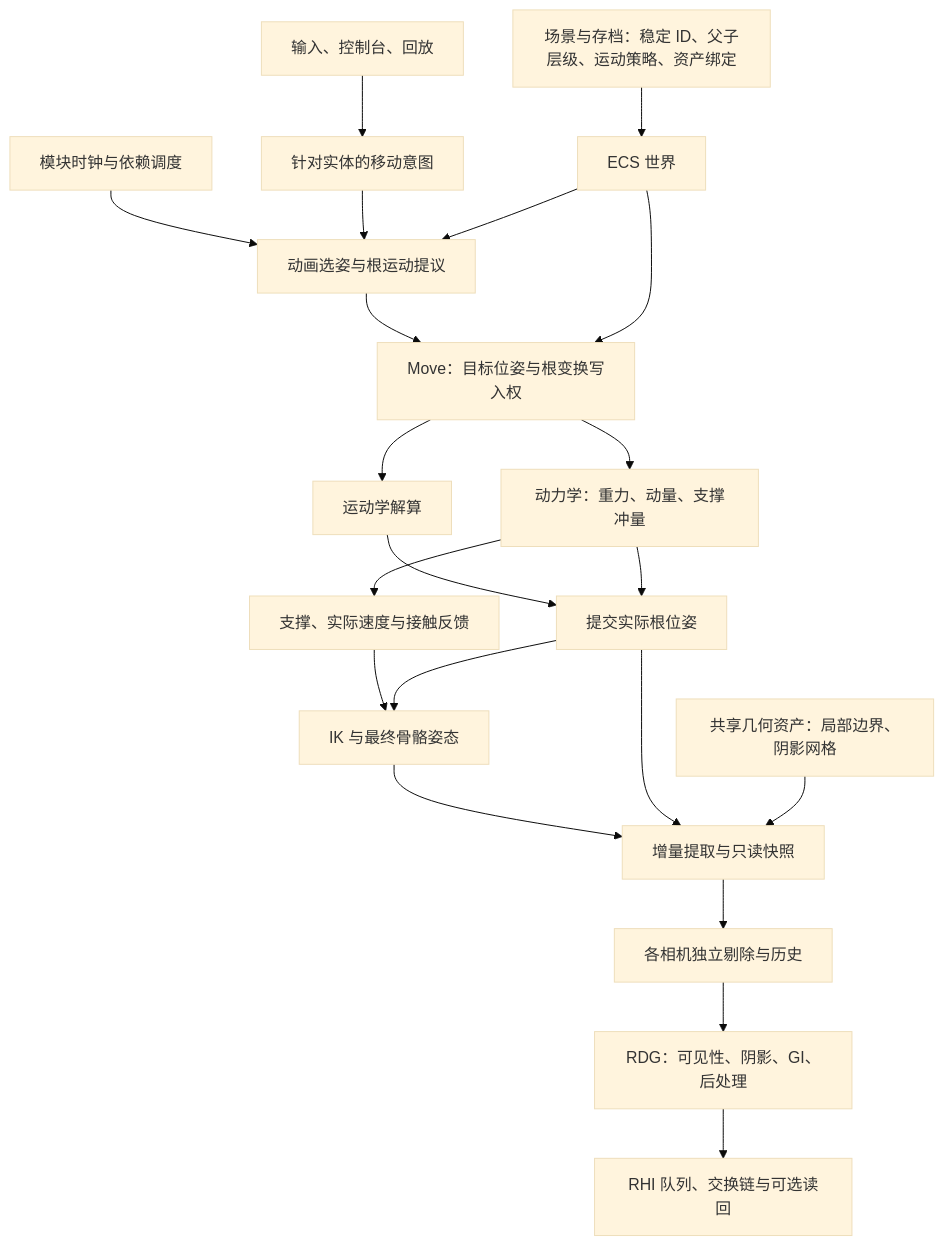
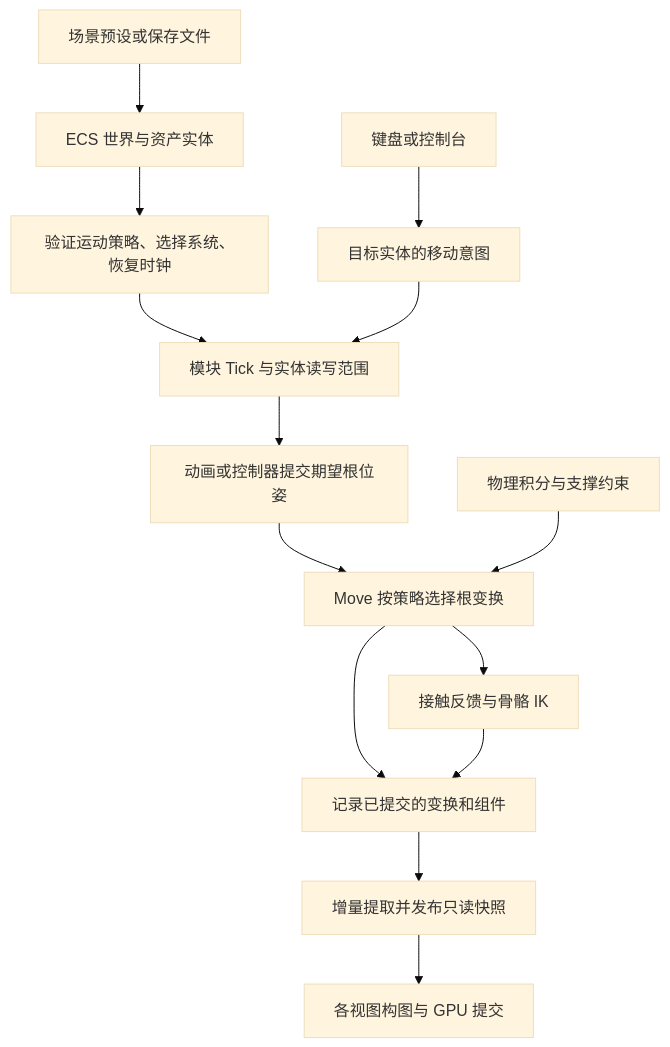
The diagram in docs/world-runtime.md (re-define/render-lab), drawn with Mermaid (base theme) before and after one commit. The commit also changed other lines of this file and 101 other files, not shown here.

````diff
--- a/docs/world-runtime.md
+++ b/docs/world-runtime.md
@@ -23,23 +5,16 @@
 ```mermaid
 flowchart TD
-    Author["场景与存档：稳定 ID、父子层级、运动策略、资产绑定"] --> World["ECS 世界"]
-    Input["输入、控制台、回放"] --> Intent["针对实体的移动意图"]
-    Clock["模块时钟与依赖调度"] --> Anim["动画选姿与根运动提议"]
-    Intent --> Anim
-    World --> Anim
-    Anim --> Move["Move：目标位姿与根变换写入权"]
-    World --> Move
-    Move --> Kin["运动学解算"]
-    Move --> Phys["动力学：重力、动量、支撑冲量"]
-    Kin --> Commit["提交实际根位姿"]
-    Phys --> Commit
-    Phys --> Contact["支撑、实际速度与接触反馈"]
-    Contact --> IK["IK 与最终骨骼姿态"]
-    Commit --> IK
-    IK --> Extract["增量提取与只读快照"]
-    Commit --> Extract
-    Assets["共享几何资产：局部边界、阴影网格"] --> Extract
-    Extract --> Views["各相机独立剔除与历史"]
-    Views --> RDG["RDG：可见性、阴影、GI、后处理"]
-    RDG --> RHI["RHI 队列、交换链与可选读回"]
+    File["场景预设或保存文件"] --> World["ECS 世界与资产实体"]
+    World --> Module["验证运动策略、选择系统、恢复时钟"]
+    Input["键盘或控制台"] --> Intent["目标实体的移动意图"]
+    Module --> Sim["模块 Tick 与实体读写范围"]
+    Intent --> Sim
+    Sim --> Goal["动画或控制器提交期望根位姿"]
+    Goal --> Resolve["Move 按策略选择根变换"]
+    Dynamics["物理积分与支撑约束"] --> Resolve
+    Resolve --> Feedback["接触反馈与骨骼 IK"]
+    Resolve --> Commit["记录已提交的变换和组件"]
+    Feedback --> Commit
+    Commit --> Snapshot["增量提取并发布只读快照"]
+    Snapshot --> View["各视图构图与 GPU 提交"]
 ```
````
